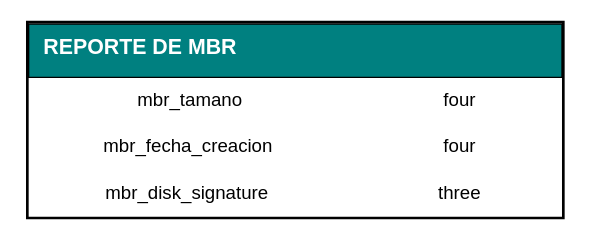
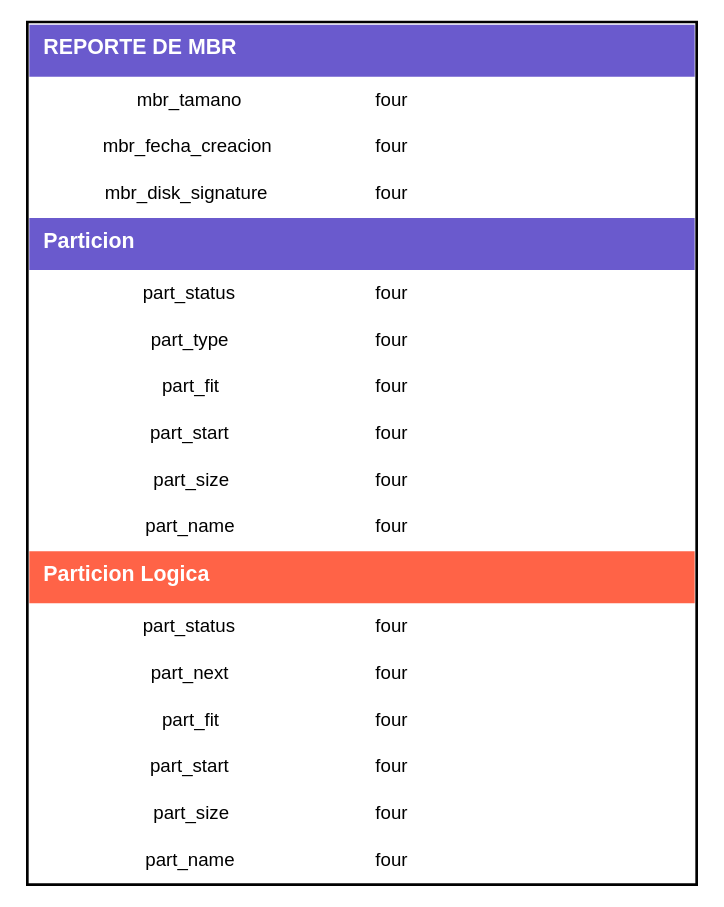
One commit to TheJhonXD/-MIA-Proyecto1_201900831 changed the diagram in Proyecto1/graphviz/mbr.dot. Above: the diagram before and after it, drawn with Graphviz. The commit also changed 4 other files, not shown here.

```diff
--- a/Proyecto1/graphviz/mbr.dot
+++ b/Proyecto1/graphviz/mbr.dot
@@ -1,25 +1,78 @@
 digraph {
 
     node [ shape=none fontname=Helvetica ];
 
     n1 [ label = <
-        <table border="2" cellspacing="0" cellpadding="10">
-        <tr><td colspan="2" bgcolor="teal" border="1" align="left" width="400"><b><font point-size="16" color="white">REPORTE DE MBR</font></b></td></tr>
-        <tr>
-            <td border="0">mbr_tamano</td>
-            <td border="0">four</td>
-        </tr>
-        <tr>
-            <td border="0">mbr_fecha_creacion</td>
-            <td border="0">four</td>
-        </tr>
-        <tr>
-            <td border="0">mbr_disk_signature</td>
-            <td border="0">three</td>
-        </tr>
+        <table border="2" cellspacing="0" cellpadding="10" >
+            <tr><td colspan="2" bgcolor="slateblue" border="1" align="left" width="500" color="white"><b><font point-size="16" color="white">REPORTE DE MBR</font></b></td></tr>
+            <tr>
+                <td border="0" width="250">mbr_tamano</td>
+                <td border="0" width="250" align="left">four</td>
+            </tr>
+            <tr>
+                <td border="0">mbr_fecha_creacion</td>
+                <td border="0" align="left">four</td>
+            </tr>
+            <tr>
+                <td border="0">mbr_disk_signature</td>
+                <td border="0" align="left">four</td>
+            </tr>
+
+            <tr><td colspan="2" bgcolor="slateblue" border="1" align="left" width="500" color="white"><b><font point-size="16" color="white">Particion</font></b></td></tr>
+            <tr>
+                <td border="0">part_status</td>
+                <td border="0" align="left">four</td>
+            </tr>
+            <tr>
+                <td border="0">part_type</td>
+                <td border="0" align="left">four</td>
+            </tr>
+            <tr>
+                <td border="0">part_fit</td>
+                <td border="0" align="left">four</td>
+            </tr>
+            <tr>
+                <td border="0">part_start</td>
+                <td border="0" align="left">four</td>
+            </tr>
+            <tr>
+                <td border="0">part_size</td>
+                <td border="0" align="left">four</td>
+            </tr>
+            <tr>
+                <td border="0">part_name</td>
+                <td border="0" align="left">four</td>
+            </tr>
+
+            <tr><td colspan="2" bgcolor="tomato" border="1" align="left" width="500" color="white"><b><font point-size="16" color="white">Particion Logica</font></b></td></tr>
+            <tr>
+                <td border="0">part_status</td>
+                <td border="0" align="left">four</td>
+            </tr>
+            <tr>
+                <td border="0">part_next</td>
+                <td border="0" align="left">four</td>
+            </tr>
+            <tr>
+                <td border="0">part_fit</td>
+                <td border="0" align="left">four</td>
+            </tr>
+            <tr>
+                <td border="0">part_start</td>
+                <td border="0" align="left">four</td>
+            </tr>
+            <tr>
+                <td border="0">part_size</td>
+                <td border="0" align="left">four</td>
+            </tr>
+            <tr>
+                <td border="0">part_name</td>
+                <td border="0" align="left">four</td>
+            </tr>
+
         </table>
     > ];
 
     {rank=same n1};
 
 }
```
